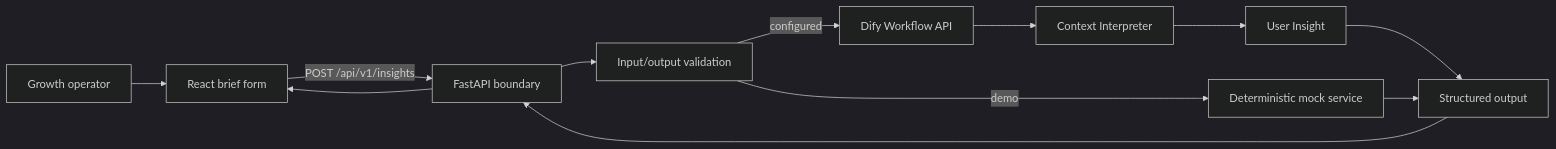
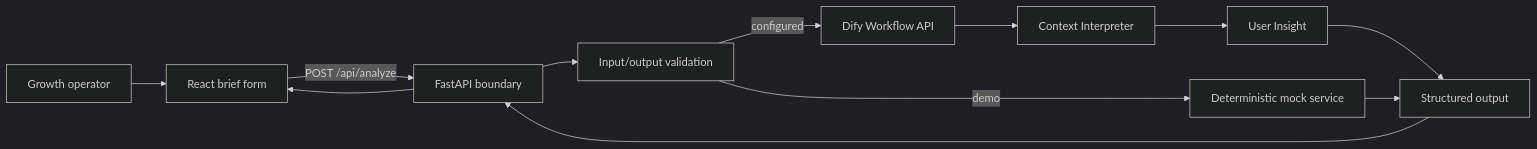
The first of 2 diagrams in docs/architecture.md (ftw10181-oss/ai-growth-agent), drawn with Mermaid (dark theme) before and after one commit. The commit also changed other lines of this file and 12 other files, not shown here.

````diff
--- a/docs/architecture.md
+++ b/docs/architecture.md
@@ -5,13 +5,13 @@
 ```mermaid
 flowchart LR
     U["Growth operator"] --> F["React brief form"]
-    F -->|"POST /api/v1/insights"| B["FastAPI boundary"]
+    F -->|"POST /api/analyze"| B["FastAPI boundary"]
     B --> V["Input/output validation"]
     V -->|"demo"| M["Deterministic mock service"]
     V -->|"configured"| D["Dify Workflow API"]
     D --> C["Context Interpreter"]
     C --> I["User Insight"]
     I --> O["Structured output"]
     M --> O
     O --> B --> F
 ```
````
